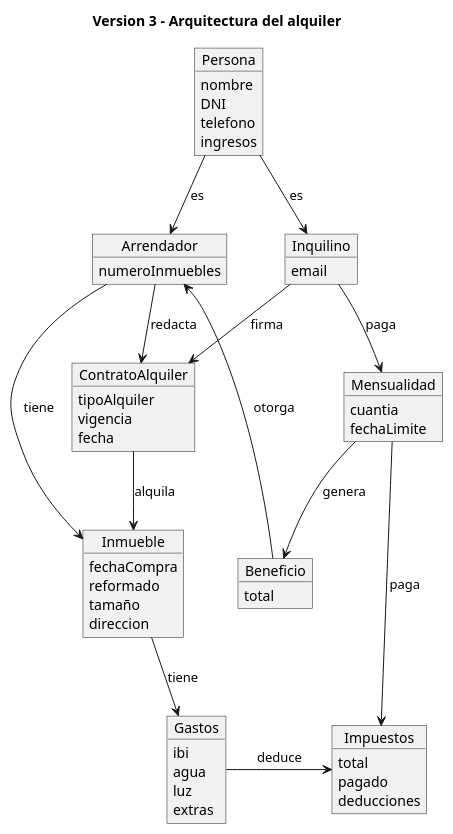
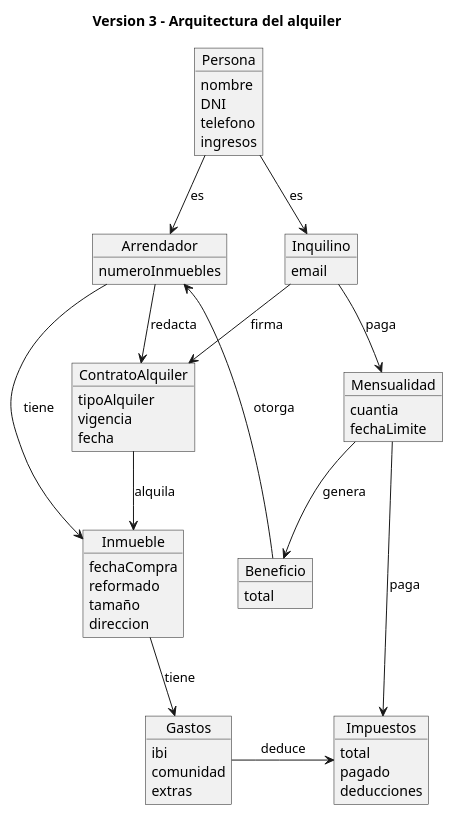
The diagram in entregas/delaasuncionJose/modeloDelDominio/diagramas/modelo.puml (UNE-Jose/26-27-IDSW1), drawn with PlantUML before and after one commit.

Commit message:
fix: luz + agua cambiados por comunidad

```diff
--- a/entregas/delaasuncionJose/modeloDelDominio/diagramas/modelo.puml
+++ b/entregas/delaasuncionJose/modeloDelDominio/diagramas/modelo.puml
@@ -1,59 +1,58 @@
 @startuml v3
 title Version 3 - Arquitectura del alquiler
 
 object Persona {
   nombre
   DNI
   telefono
   ingresos
 }
 object Arrendador {
   numeroInmuebles
 }
 object Inquilino {
   email
 }
 object ContratoAlquiler {
   tipoAlquiler
   vigencia
   fecha
 }
 object Inmueble {
   fechaCompra
   reformado
   tamaño
   direccion
 }
 object Mensualidad {
   cuantia
   fechaLimite
 }
 object Gastos {
   ibi 
-  agua
-  luz
+  comunidad
   extras
 }
 object Impuestos {
   total
   pagado
   deducciones
 }
 object Beneficio {
   total
 }
 
 Persona --> Arrendador : es
 Persona --> Inquilino : es
 Arrendador --> Inmueble : tiene
 Arrendador --> ContratoAlquiler : redacta
 Inquilino --> ContratoAlquiler : firma
 ContratoAlquiler --> Inmueble : alquila
 Inquilino --> Mensualidad : paga
 Mensualidad --> Impuestos : paga
 Inmueble --> Gastos : tiene
 Gastos -> Impuestos : deduce
 Mensualidad --> Beneficio : genera
 Beneficio -up-> Arrendador : otorga
 
 @enduml
```
